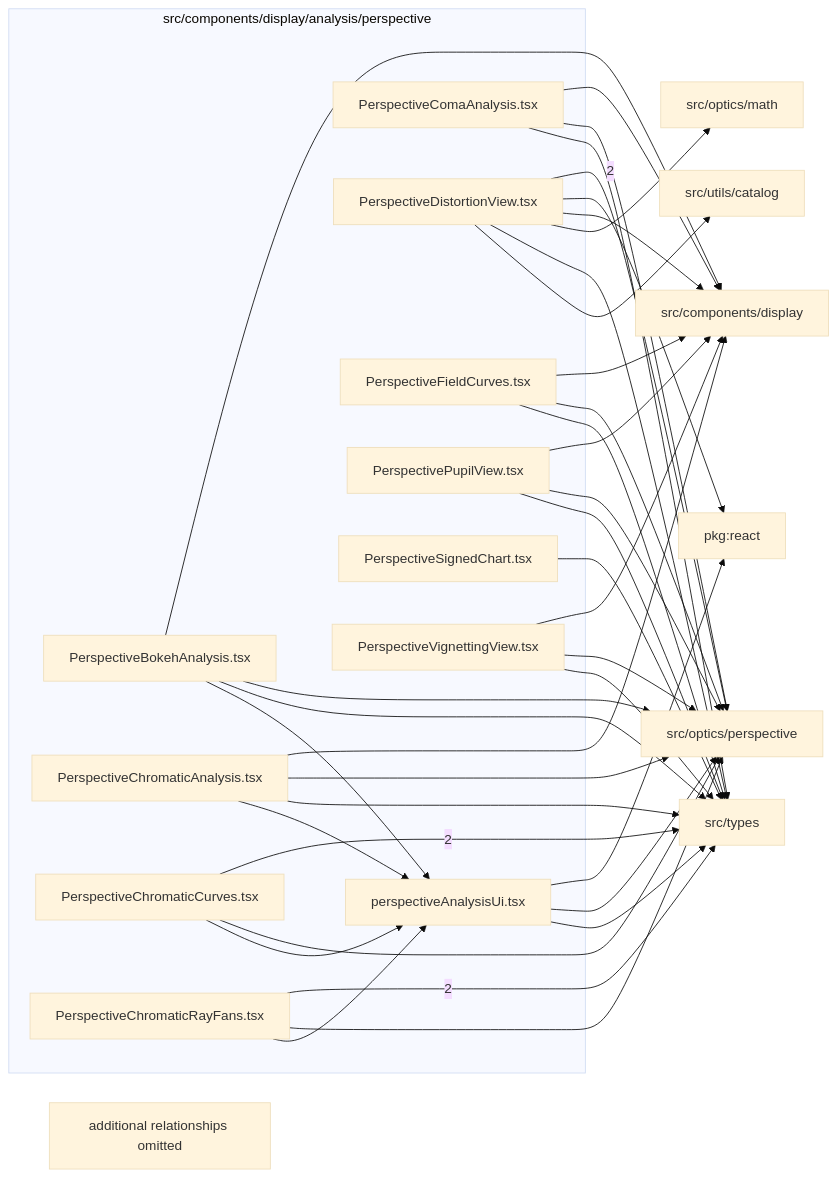
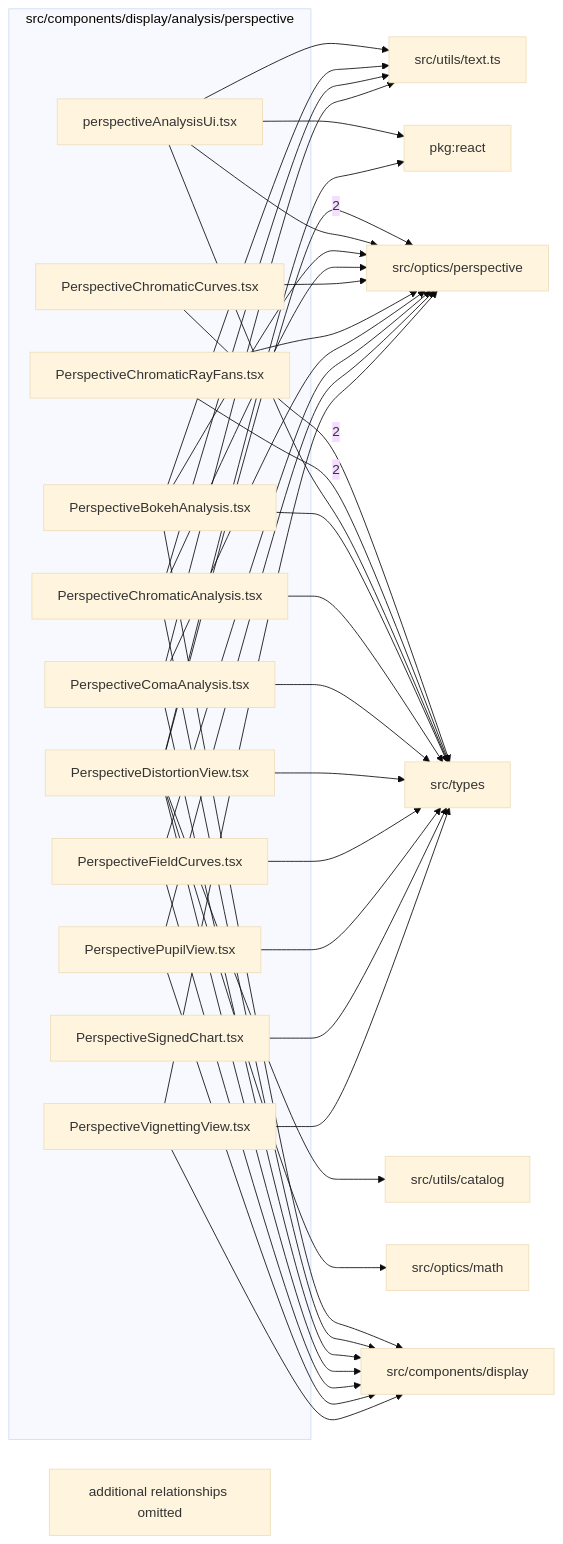
The diagram in src/components/display/analysis/perspective/readme.md (ronbuening/LensVisualizer), drawn with Mermaid (base theme) before and after one commit. The commit also changed other lines of this file and 99 other files, not shown here.

Commit message:
Extend translation-safe text ownership across display views

````diff
--- a/src/components/display/analysis/perspective/readme.md
+++ b/src/components/display/analysis/perspective/readme.md
@@ -9,59 +9,60 @@
 ```mermaid
 flowchart LR
   subgraph n_src_components_display_analysis_perspective["src/components/display/analysis/perspective"]
     n_src_components_display_analysis_perspective_src_components_display_analysis_perspective_perspectiveAnalysisUi_tsx["perspectiveAnalysisUi.tsx"]
     n_src_components_display_analysis_perspective_src_components_display_analysis_perspective_PerspectiveBokehAnalysis_tsx["PerspectiveBokehAnalysis.tsx"]
     n_src_components_display_analysis_perspective_src_components_display_analysis_perspective_PerspectiveChromaticAnalysis_tsx["PerspectiveChromaticAnalysis.tsx"]
     n_src_components_display_analysis_perspective_src_components_display_analysis_perspective_PerspectiveChromaticCurves_tsx["PerspectiveChromaticCurves.tsx"]
     n_src_components_display_analysis_perspective_src_components_display_analysis_perspective_PerspectiveChromaticRayFans_tsx["PerspectiveChromaticRayFans.tsx"]
     n_src_components_display_analysis_perspective_src_components_display_analysis_perspective_PerspectiveComaAnalysis_tsx["PerspectiveComaAnalysis.tsx"]
     n_src_components_display_analysis_perspective_src_components_display_analysis_perspective_PerspectiveDistortionView_tsx["PerspectiveDistortionView.tsx"]
     n_src_components_display_analysis_perspective_src_components_display_analysis_perspective_PerspectiveFieldCurves_tsx["PerspectiveFieldCurves.tsx"]
     n_src_components_display_analysis_perspective_src_components_display_analysis_perspective_PerspectivePupilView_tsx["PerspectivePupilView.tsx"]
     n_src_components_display_analysis_perspective_src_components_display_analysis_perspective_PerspectiveSignedChart_tsx["PerspectiveSignedChart.tsx"]
     n_src_components_display_analysis_perspective_src_components_display_analysis_perspective_PerspectiveVignettingView_tsx["PerspectiveVignettingView.tsx"]
   end
   n_external_src_optics_perspective["src/optics/perspective"]
   n_external_src_types["src/types"]
   n_external_pkg_react["pkg:react"]
   n_external_src_components_display["src/components/display"]
   n_external_src_optics_math["src/optics/math"]
   n_external_src_utils_catalog["src/utils/catalog"]
+  n_external_src_utils_text_ts["src/utils/text.ts"]
   n_src_components_display_analysis_perspective_src_components_display_analysis_perspective_PerspectiveDistortionView_tsx --> |2| n_external_src_optics_perspective
   n_src_components_display_analysis_perspective_src_components_display_analysis_perspective_PerspectiveChromaticCurves_tsx --> |2| n_external_src_types
   n_src_components_display_analysis_perspective_src_components_display_analysis_perspective_PerspectiveChromaticRayFans_tsx --> |2| n_external_src_types
   n_src_components_display_analysis_perspective_src_components_display_analysis_perspective_perspectiveAnalysisUi_tsx --> n_external_pkg_react
   n_src_components_display_analysis_perspective_src_components_display_analysis_perspective_PerspectiveDistortionView_tsx --> n_external_pkg_react
   n_src_components_display_analysis_perspective_src_components_display_analysis_perspective_PerspectiveBokehAnalysis_tsx --> n_external_src_components_display
   n_src_components_display_analysis_perspective_src_components_display_analysis_perspective_PerspectiveChromaticAnalysis_tsx --> n_external_src_components_display
   n_src_components_display_analysis_perspective_src_components_display_analysis_perspective_PerspectiveComaAnalysis_tsx --> n_external_src_components_display
   n_src_components_display_analysis_perspective_src_components_display_analysis_perspective_PerspectiveDistortionView_tsx --> n_external_src_components_display
   n_src_components_display_analysis_perspective_src_components_display_analysis_perspective_PerspectiveFieldCurves_tsx --> n_external_src_components_display
   n_src_components_display_analysis_perspective_src_components_display_analysis_perspective_PerspectivePupilView_tsx --> n_external_src_components_display
   n_src_components_display_analysis_perspective_src_components_display_analysis_perspective_PerspectiveVignettingView_tsx --> n_external_src_components_display
   n_src_components_display_analysis_perspective_src_components_display_analysis_perspective_PerspectiveDistortionView_tsx --> n_external_src_optics_math
   n_src_components_display_analysis_perspective_src_components_display_analysis_perspective_perspectiveAnalysisUi_tsx --> n_external_src_optics_perspective
   n_src_components_display_analysis_perspective_src_components_display_analysis_perspective_PerspectiveBokehAnalysis_tsx --> n_external_src_optics_perspective
   n_src_components_display_analysis_perspective_src_components_display_analysis_perspective_PerspectiveChromaticAnalysis_tsx --> n_external_src_optics_perspective
   n_src_components_display_analysis_perspective_src_components_display_analysis_perspective_PerspectiveChromaticCurves_tsx --> n_external_src_optics_perspective
   n_src_components_display_analysis_perspective_src_components_display_analysis_perspective_PerspectiveChromaticRayFans_tsx --> n_external_src_optics_perspective
   n_src_components_display_analysis_perspective_src_components_display_analysis_perspective_PerspectiveComaAnalysis_tsx --> n_external_src_optics_perspective
   n_src_components_display_analysis_perspective_src_components_display_analysis_perspective_PerspectiveFieldCurves_tsx --> n_external_src_optics_perspective
   n_src_components_display_analysis_perspective_src_components_display_analysis_perspective_PerspectivePupilView_tsx --> n_external_src_optics_perspective
   n_src_components_display_analysis_perspective_src_components_display_analysis_perspective_PerspectiveVignettingView_tsx --> n_external_src_optics_perspective
   n_src_components_display_analysis_perspective_src_components_display_analysis_perspective_perspectiveAnalysisUi_tsx --> n_external_src_types
   n_src_components_display_analysis_perspective_src_components_display_analysis_perspective_PerspectiveBokehAnalysis_tsx --> n_external_src_types
   n_src_components_display_analysis_perspective_src_components_display_analysis_perspective_PerspectiveChromaticAnalysis_tsx --> n_external_src_types
   n_src_components_display_analysis_perspective_src_components_display_analysis_perspective_PerspectiveComaAnalysis_tsx --> n_external_src_types
   n_src_components_display_analysis_perspective_src_components_display_analysis_perspective_PerspectiveDistortionView_tsx --> n_external_src_types
   n_src_components_display_analysis_perspective_src_components_display_analysis_perspective_PerspectiveFieldCurves_tsx --> n_external_src_types
   n_src_components_display_analysis_perspective_src_components_display_analysis_perspective_PerspectivePupilView_tsx --> n_external_src_types
   n_src_components_display_analysis_perspective_src_components_display_analysis_perspective_PerspectiveSignedChart_tsx --> n_external_src_types
   n_src_components_display_analysis_perspective_src_components_display_analysis_perspective_PerspectiveVignettingView_tsx --> n_external_src_types
   n_src_components_display_analysis_perspective_src_components_display_analysis_perspective_PerspectiveDistortionView_tsx --> n_external_src_utils_catalog
-  n_src_components_display_analysis_perspective_src_components_display_analysis_perspective_PerspectiveBokehAnalysis_tsx --> n_src_components_display_analysis_perspective_src_components_display_analysis_perspective_perspectiveAnalysisUi_tsx
-  n_src_components_display_analysis_perspective_src_components_display_analysis_perspective_PerspectiveChromaticAnalysis_tsx --> n_src_components_display_analysis_perspective_src_components_display_analysis_perspective_perspectiveAnalysisUi_tsx
-  n_src_components_display_analysis_perspective_src_components_display_analysis_perspective_PerspectiveChromaticCurves_tsx --> n_src_components_display_analysis_perspective_src_components_display_analysis_perspective_perspectiveAnalysisUi_tsx
-  n_src_components_display_analysis_perspective_src_components_display_analysis_perspective_PerspectiveChromaticRayFans_tsx --> n_src_components_display_analysis_perspective_src_components_display_analysis_perspective_perspectiveAnalysisUi_tsx
+  n_src_components_display_analysis_perspective_src_components_display_analysis_perspective_perspectiveAnalysisUi_tsx --> n_external_src_utils_text_ts
+  n_src_components_display_analysis_perspective_src_components_display_analysis_perspective_PerspectiveBokehAnalysis_tsx --> n_external_src_utils_text_ts
+  n_src_components_display_analysis_perspective_src_components_display_analysis_perspective_PerspectiveChromaticAnalysis_tsx --> n_external_src_utils_text_ts
+  n_src_components_display_analysis_perspective_src_components_display_analysis_perspective_PerspectiveComaAnalysis_tsx --> n_external_src_utils_text_ts
   n_src_components_display_analysis_perspective_truncated["additional relationships omitted"]
 ```
````
